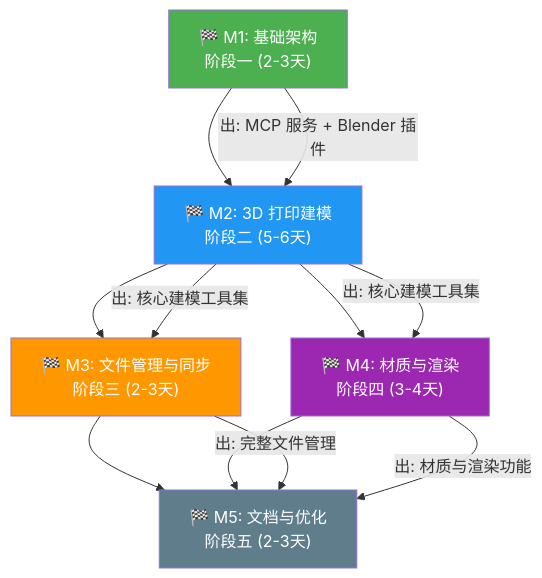
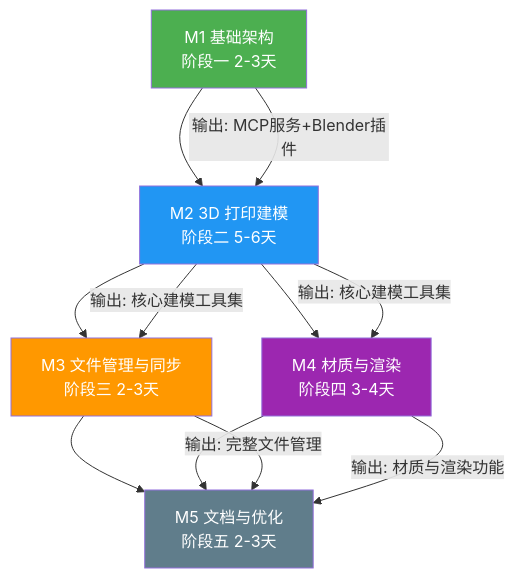
The second of 2 diagrams in 开发计划.md (xjdxjd/Blender-MCP), drawn with Mermaid before and after one commit. The commit also changed other lines of this file, not shown here.

````diff
--- a/开发计划.md
+++ b/开发计划.md
@@ -91,20 +90,20 @@
 ```mermaid
 flowchart TD
-    M1["🏁 M1: 基础架构\n阶段一 (2-3天)"] --> M2["🏁 M2: 3D 打印建模\n阶段二 (5-6天)"]
-    M2 --> M3["🏁 M3: 文件管理与同步\n阶段三 (2-3天)"]
-    M2 --> M4["🏁 M4: 材质与渲染\n阶段四 (3-4天)"]
-    M3 --> M5["🏁 M5: 文档与优化\n阶段五 (2-3天)"]
+    M1["M1 基础架构<br/>阶段一 2-3天"] --> M2["M2 3D 打印建模<br/>阶段二 5-6天"]
+    M2 --> M3["M3 文件管理与同步<br/>阶段三 2-3天"]
+    M2 --> M4["M4 材质与渲染<br/>阶段四 3-4天"]
+    M3 --> M5["M5 文档与优化<br/>阶段五 2-3天"]
     M4 --> M5
 
-    M1 -->|出: MCP 服务 + Blender 插件| M2
-    M2 -->|出: 核心建模工具集| M3
-    M2 -->|出: 核心建模工具集| M4
-    M3 -->|出: 完整文件管理| M5
-    M4 -->|出: 材质与渲染功能| M5
+    M1 -->|"输出: MCP服务+Blender插件"| M2
+    M2 -->|"输出: 核心建模工具集"| M3
+    M2 -->|"输出: 核心建模工具集"| M4
+    M3 -->|"输出: 完整文件管理"| M5
+    M4 -->|"输出: 材质与渲染功能"| M5
 
     style M1 fill:#4CAF50,color:#fff
     style M2 fill:#2196F3,color:#fff
     style M3 fill:#FF9800,color:#fff
     style M4 fill:#9C27B0,color:#fff
     style M5 fill:#607D8B,color:#fff
 ```
````
